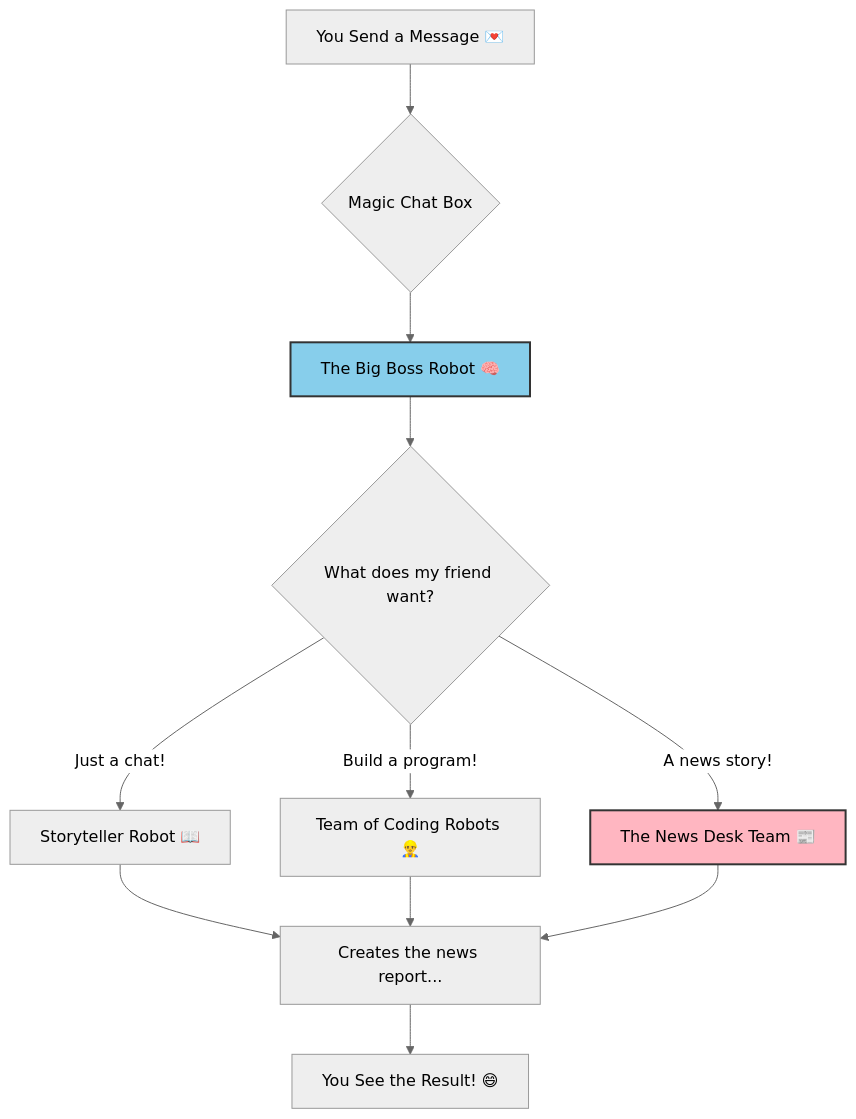
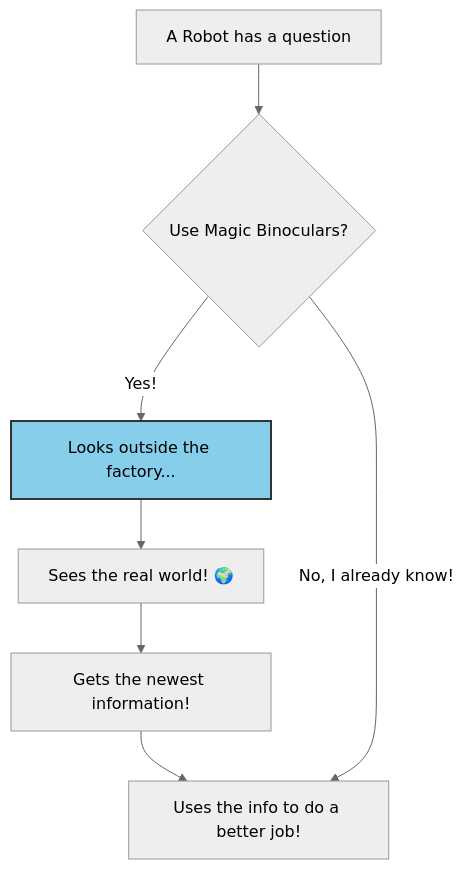
The first of 2 diagrams in README.md (TheHyperEngineer/java-chat-app), drawn with Mermaid (neutral theme) before and after one commit. The commit also changed other lines of this file and 3 other files, not shown here.

````diff
--- a/README.md
+++ b/README.md
@@ -20,16 +25,11 @@
 ```mermaid
 graph TD
-    A[You Send a Message 💌] --> B{Magic Chat Box};
-    B --> C[The Big Boss Robot 🧠];
-    C --> D{What does my friend want?};
-    D -- "Just a chat!" --> E[Storyteller Robot 📖];
-    D -- "Build a program!" --> F[Team of Coding Robots 👷‍♂️];
-    D -- "A news story!" --> G[The News Desk Team 📰];
-    E --> H[Tells you a story...];
-    F --> H[Builds the program...];
-    G --> H[Creates the news report...];
-    H --> I[You See the Result! 😄];
+    A[A Robot has a question] --> B{Use Magic Binoculars?};
+    B -- "Yes!" --> C[Looks outside the factory...];
+    C --> D[Sees the real world! 🌍];
+    D --> E[Gets the newest information!];
+    E --> F[Uses the info to do a better job!];
+    B -- "No, I already know!" --> F;
 
     style C fill:#87CEEB,stroke:#333,stroke-width:2px
-    style G fill:#FFB6C1,stroke:#333,stroke-width:2px
 ```
````
